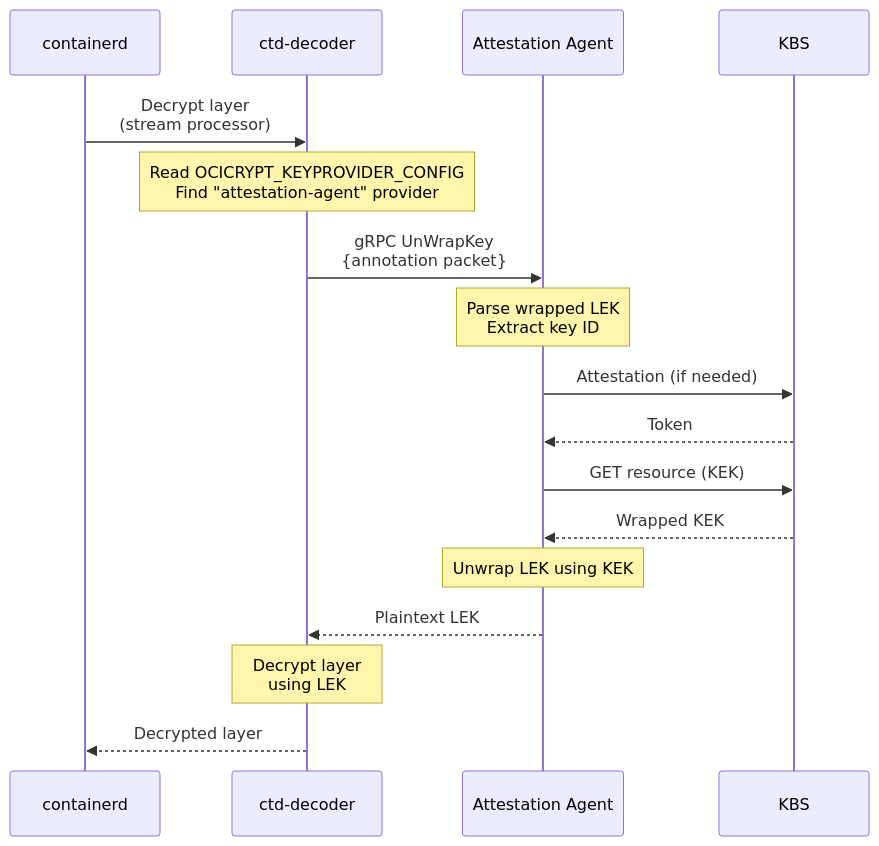
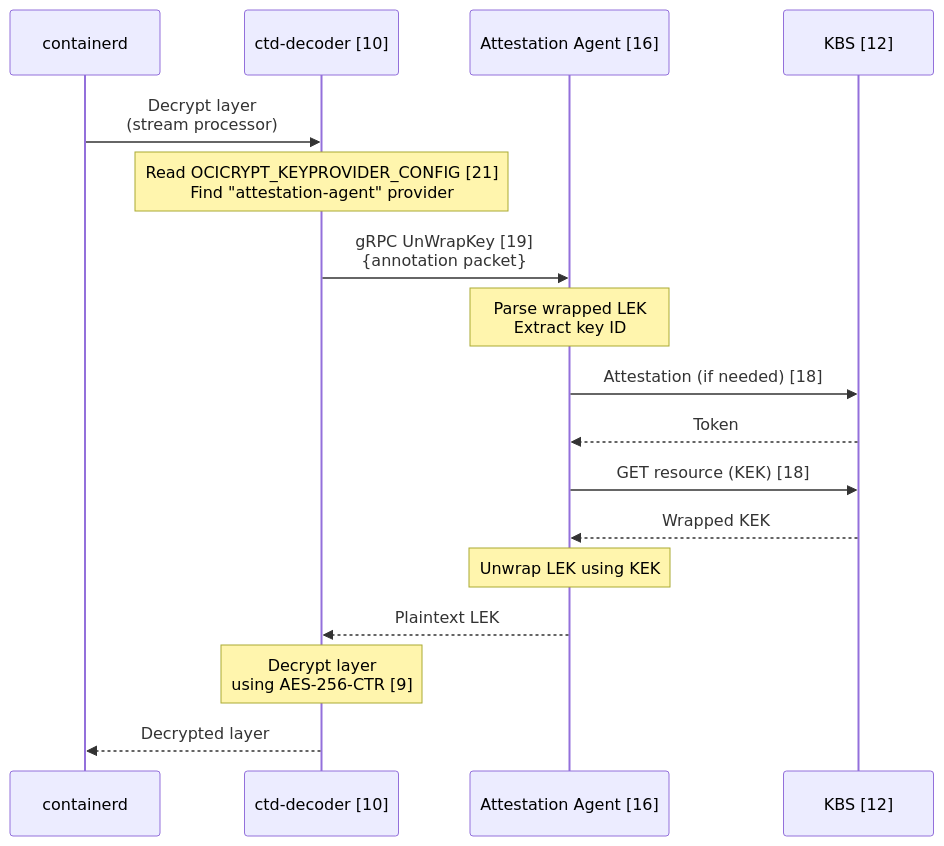
The ninth of 14 diagrams in PROPOSAL.md (scontain/encrypted_container_images), drawn with Mermaid before and after one commit. The commit also changed other lines of this file, not shown here.

````diff
--- a/PROPOSAL.md
+++ b/PROPOSAL.md
@@ -428,28 +437,28 @@
 ```mermaid
 sequenceDiagram
     participant CD as containerd
-    participant CTD as ctd-decoder
-    participant AA as Attestation Agent
-    participant KBS as KBS
+    participant CTD as ctd-decoder [10]
+    participant AA as Attestation Agent [16]
+    participant KBS as KBS [12]
 
     CD->>CTD: Decrypt layer<br/>(stream processor)
     
-    Note over CTD: Read OCICRYPT_KEYPROVIDER_CONFIG<br/>Find "attestation-agent" provider
+    Note over CTD: Read OCICRYPT_KEYPROVIDER_CONFIG [21]<br/>Find "attestation-agent" provider
     
-    CTD->>AA: gRPC UnWrapKey<br/>{annotation packet}
+    CTD->>AA: gRPC UnWrapKey [19]<br/>{annotation packet}
     
     Note over AA: Parse wrapped LEK<br/>Extract key ID
     
-    AA->>KBS: Attestation (if needed)
+    AA->>KBS: Attestation (if needed) [18]
     KBS-->>AA: Token
-    AA->>KBS: GET resource (KEK)
+    AA->>KBS: GET resource (KEK) [18]
     KBS-->>AA: Wrapped KEK
     
     Note over AA: Unwrap LEK using KEK
     
     AA-->>CTD: Plaintext LEK
     
-    Note over CTD: Decrypt layer<br/>using LEK
+    Note over CTD: Decrypt layer<br/>using AES-256-CTR [9]
     
     CTD-->>CD: Decrypted layer
 ```
````
